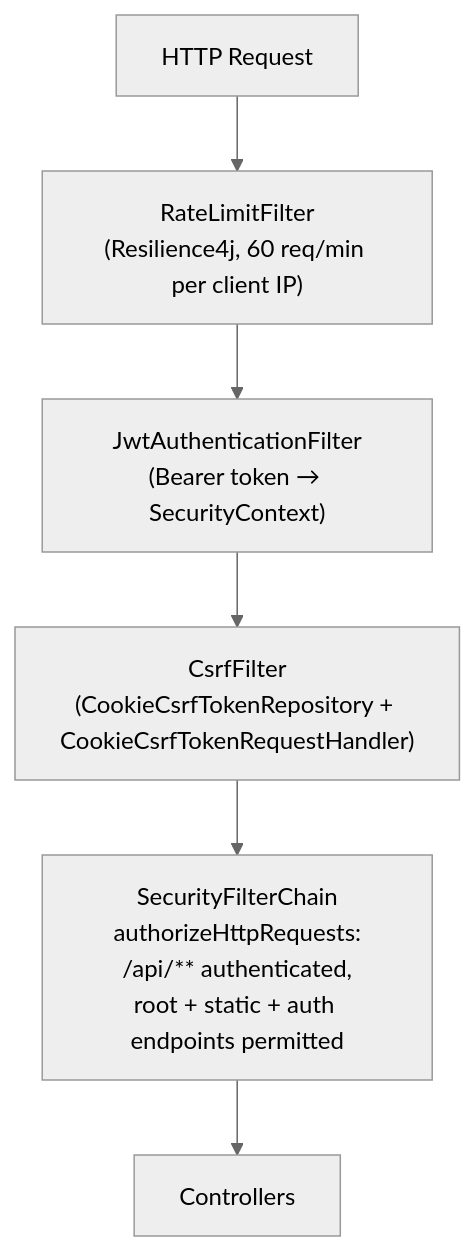
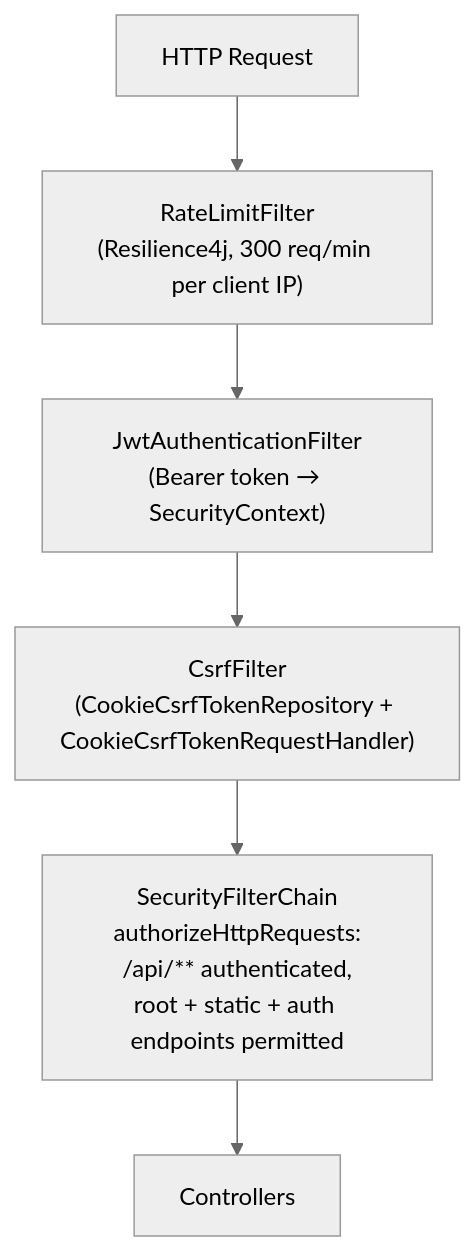
The second of 2 diagrams in docs/architecture/05-building-block-view/building-block-view.md (sebwieland/ConcertJournal), drawn with Mermaid (neutral theme) before and after one commit. The commit also changed other lines of this file and 5 other files, not shown here.

````diff
--- a/docs/architecture/05-building-block-view/building-block-view.md
+++ b/docs/architecture/05-building-block-view/building-block-view.md
@@ -72,8 +72,8 @@
 ```mermaid
 flowchart TB
-    Req["HTTP Request"] --> RL["RateLimitFilter\n(Resilience4j, 60 req/min per client IP)"]
+    Req["HTTP Request"] --> RL["RateLimitFilter\n(Resilience4j, 300 req/min per client IP)"]
     RL --> JWT["JwtAuthenticationFilter\n(Bearer token → SecurityContext)"]
     JWT --> CSRF["CsrfFilter\n(CookieCsrfTokenRepository + CookieCsrfTokenRequestHandler)"]
     CSRF --> Chain["SecurityFilterChain\nauthorizeHttpRequests:\n/api/** authenticated,\nroot + static + auth endpoints permitted"]
     Chain --> Ctl["Controllers"]
 ```
````
